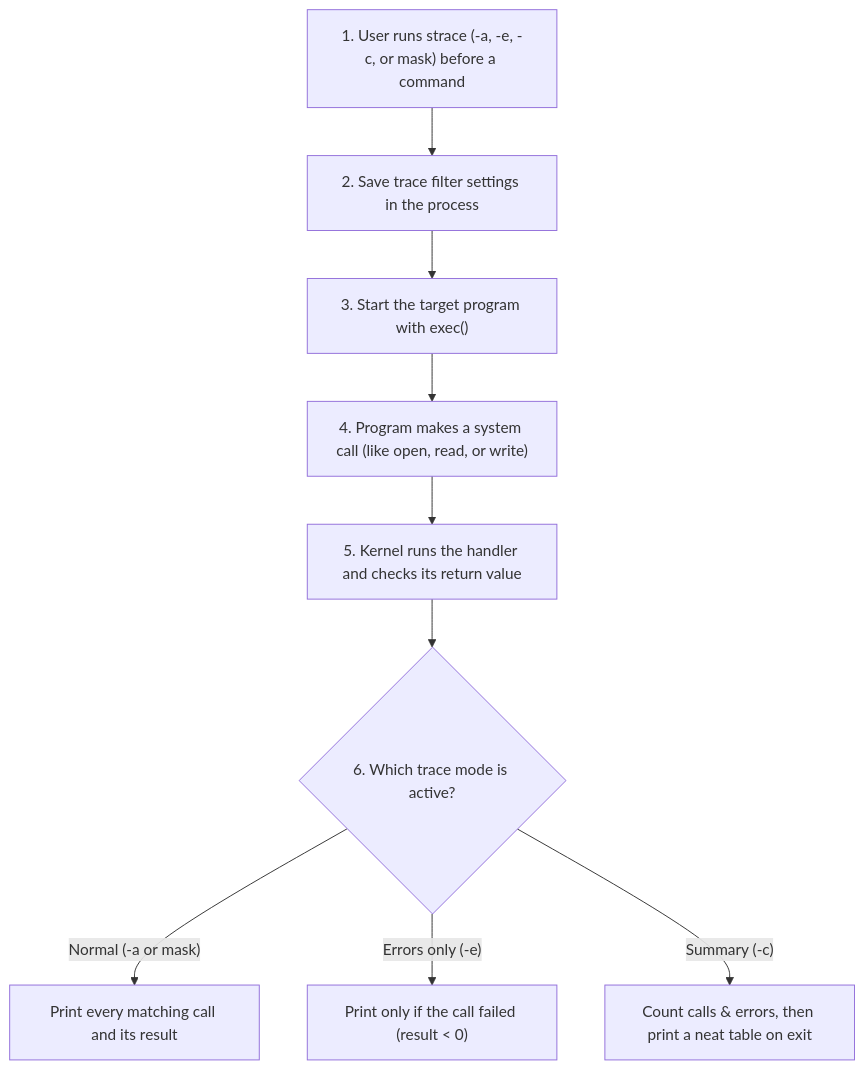
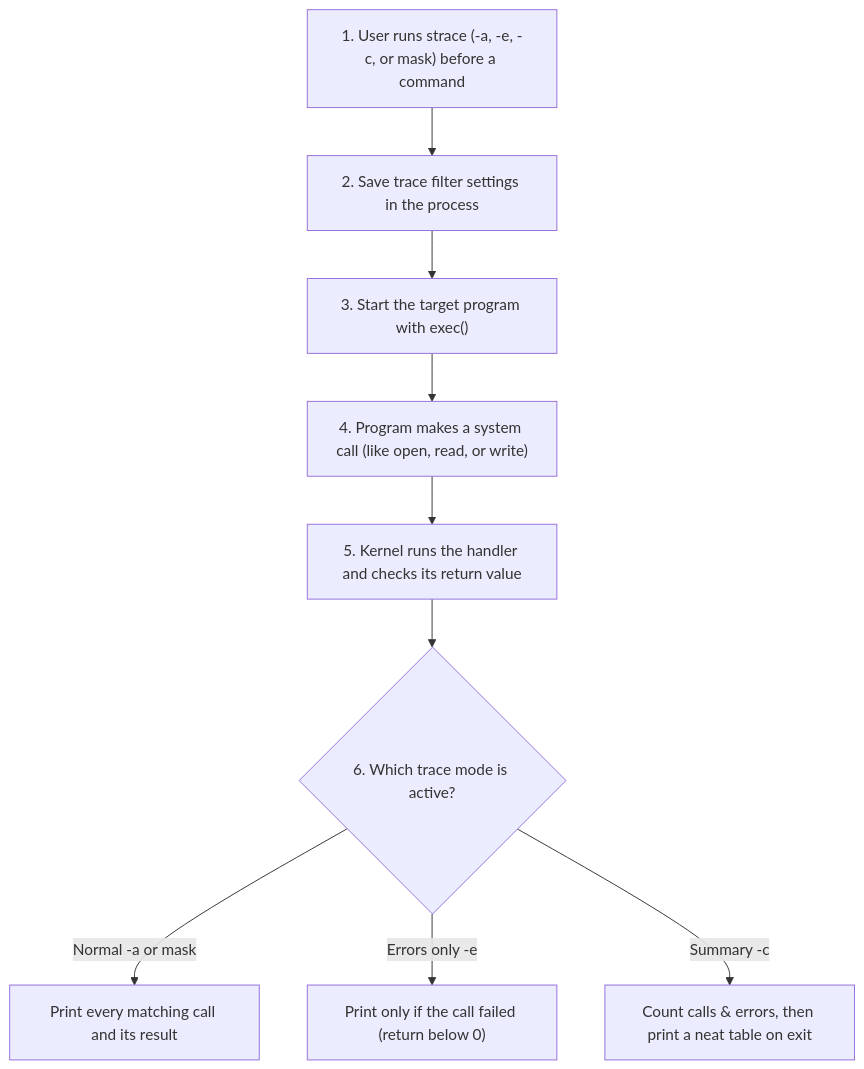
The seventh of 21 diagrams in README.md (asbahkhan67-ctrl/xv6-riscv), drawn with Mermaid before and after one commit. The commit also changed other lines of this file and 167 other files, not shown here.

````diff
--- a/README.md
+++ b/README.md
@@ -549,11 +449,11 @@
 ```mermaid
 flowchart TD
     A["1. User runs strace (-a, -e, -c, or mask) before a command"] --> B["2. Save trace filter settings in the process"]
     B --> C["3. Start the target program with exec()"]
     C --> D["4. Program makes a system call (like open, read, or write)"]
     D --> E["5. Kernel runs the handler and checks its return value"]
     E --> F{"6. Which trace mode is active?"}
-    F -- "Normal (-a or mask)" --> G["Print every matching call and its result"]
-    F -- "Errors only (-e)" --> H["Print only if the call failed (result < 0)"]
-    F -- "Summary (-c)" --> I["Count calls & errors, then print a neat table on exit"]
+    F -->|Normal -a or mask| G["Print every matching call and its result"]
+    F -->|Errors only -e| H["Print only if the call failed (return below 0)"]
+    F -->|Summary -c| I["Count calls & errors, then print a neat table on exit"]
 ```
````
